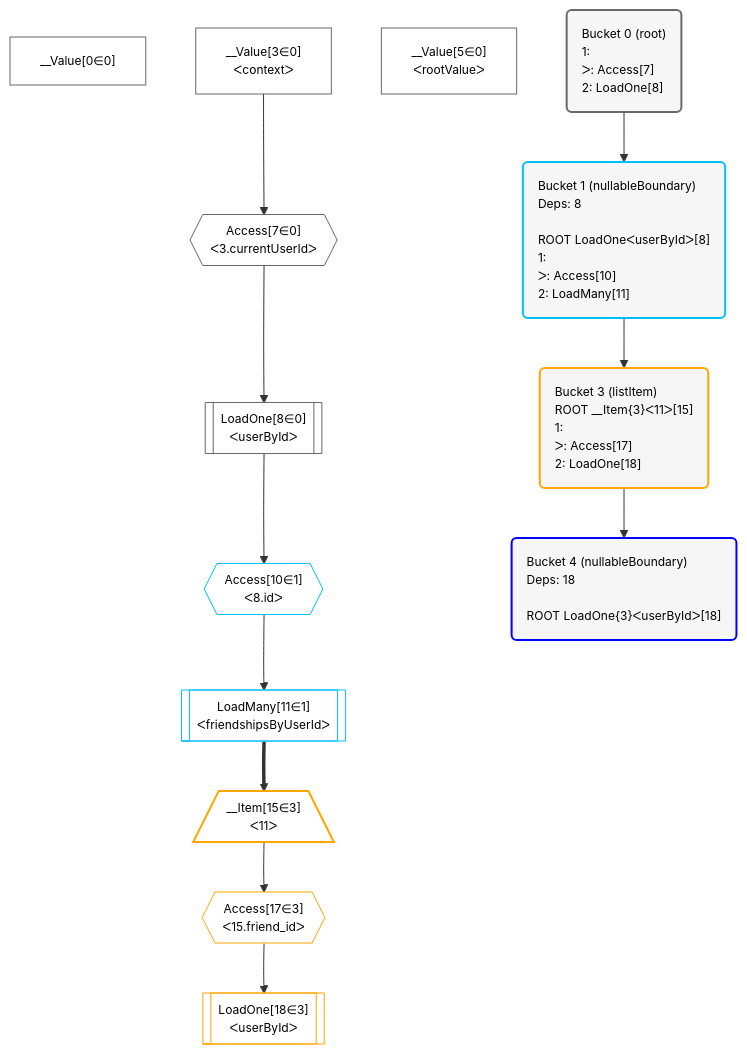
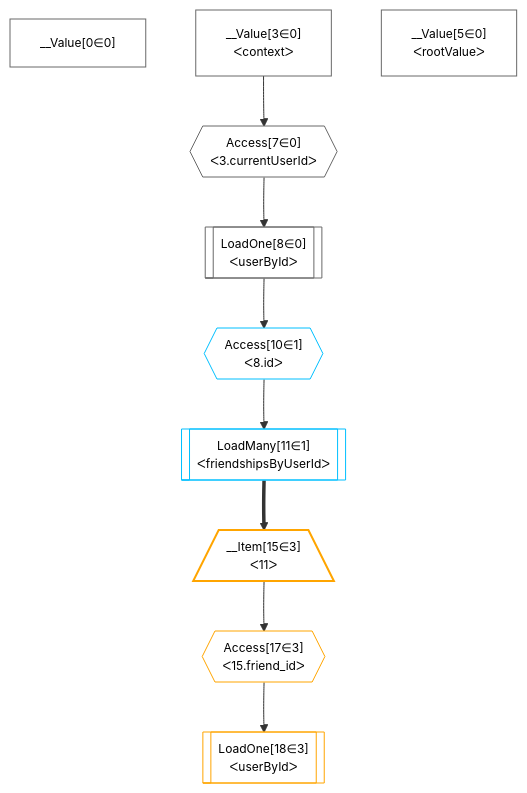
The diagram in grafast/website/examples/users-and-friends/plan.mermaid (graphile/crystal), drawn with Mermaid before and after one commit. The commit also changed 2 other files, not shown here.

Commit message:
Skip buckets in initial plan diagram

```diff
--- a/grafast/website/examples/users-and-friends/plan.mermaid
+++ b/grafast/website/examples/users-and-friends/plan.mermaid
@@ -1,46 +1,39 @@
 %%{init: {'themeVariables': { 'fontSize': '12px'}}}%%
 flowchart TD
     classDef path fill:#eee,stroke:#000,color:#000
     classDef plan fill:#fff,stroke-width:1px,color:#000
     classDef itemplan fill:#fff,stroke-width:2px,color:#000
     classDef unbatchedplan fill:#dff,stroke-width:1px,color:#000
     classDef sideeffectplan fill:#fcc,stroke-width:2px,color:#000
     classDef bucket fill:#f6f6f6,color:#000,stroke-width:2px,text-align:left
 
 
     %% define steps
     __Value0["__Value[0∈0]"]:::plan
     __Value3["__Value[3∈0]<br />ᐸcontextᐳ"]:::plan
     __Value5["__Value[5∈0]<br />ᐸrootValueᐳ"]:::plan
     Access7{{"Access[7∈0]<br />ᐸ3.currentUserIdᐳ"}}:::plan
     LoadOne8[["LoadOne[8∈0]<br />ᐸuserByIdᐳ"]]:::plan
     Access10{{"Access[10∈1]<br />ᐸ8.idᐳ"}}:::plan
     LoadMany11[["LoadMany[11∈1]<br />ᐸfriendshipsByUserIdᐳ"]]:::plan
     __Item15[/"__Item[15∈3]<br />ᐸ11ᐳ"\]:::itemplan
     Access17{{"Access[17∈3]<br />ᐸ15.friend_idᐳ"}}:::plan
     LoadOne18[["LoadOne[18∈3]<br />ᐸuserByIdᐳ"]]:::plan
 
     %% plan dependencies
     __Value3 --> Access7
     Access7 --> LoadOne8
     LoadOne8 --> Access10
     Access10 --> LoadMany11
     LoadMany11 ==> __Item15
     __Item15 --> Access17
     Access17 --> LoadOne18
 
-    Bucket0("Bucket 0 (root)<br />1: <br />ᐳ: Access[7]<br />2: LoadOne[8]"):::bucket
     classDef bucket0 stroke:#696969
     class Bucket0,__Value0,__Value3,__Value5,Access7,LoadOne8 bucket0
-    Bucket1("Bucket 1 (nullableBoundary)<br />Deps: 8<br /><br />ROOT LoadOneᐸuserByIdᐳ[8]<br />1: <br />ᐳ: Access[10]<br />2: LoadMany[11]"):::bucket
     classDef bucket1 stroke:#00bfff
     class Bucket1,Access10,LoadMany11 bucket1
-    Bucket3("Bucket 3 (listItem)<br />ROOT __Item{3}ᐸ11ᐳ[15]<br />1: <br />ᐳ: Access[17]<br />2: LoadOne[18]"):::bucket
     classDef bucket3 stroke:#ffa500
     class Bucket3,__Item15,Access17,LoadOne18 bucket3
-    Bucket4("Bucket 4 (nullableBoundary)<br />Deps: 18<br /><br />ROOT LoadOne{3}ᐸuserByIdᐳ[18]"):::bucket
     classDef bucket4 stroke:#0000ff
     class Bucket4 bucket4
-    Bucket0 --> Bucket1
-    Bucket1 --> Bucket3
-    Bucket3 --> Bucket4
```
